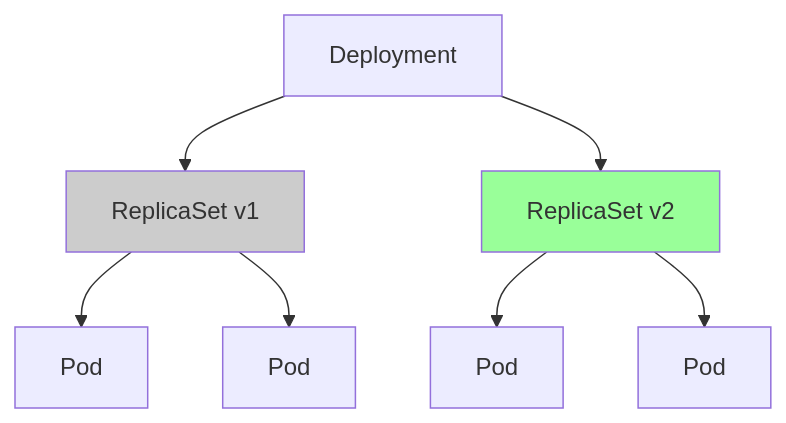
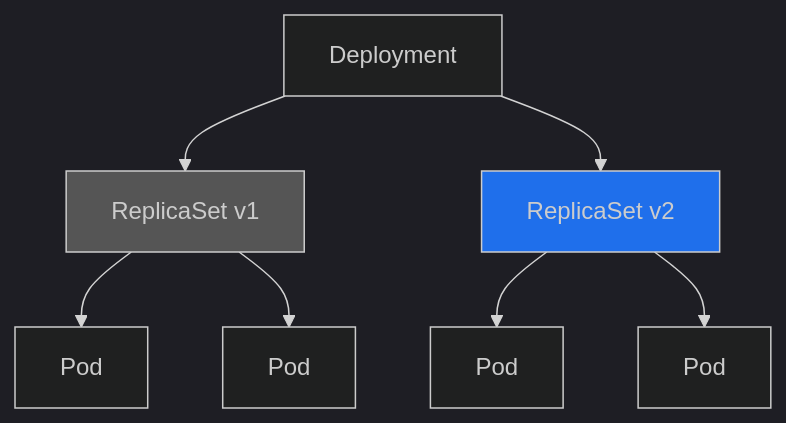
Before and after one commit to uzunenes/CKAD: the first of 3 diagrams in labs/lab-03-deployments.md, drawn with Mermaid. The commit also changed other lines of this file and 15 other files, not shown here.

Commit message:
🌍 Complete English translation - All 17 labs translated with dark mermaid themes

````diff
--- a/labs/lab-03-deployments.md
+++ b/labs/lab-03-deployments.md
@@ -13,12 +13,13 @@
 ```mermaid
+%%{init: {'theme': 'dark'}}%%
 graph TB
     D[Deployment] --> RS1[ReplicaSet v1]
     D --> RS2[ReplicaSet v2]
     RS1 --> P1[Pod]
     RS1 --> P2[Pod]
     RS2 --> P3[Pod]
     RS2 --> P4[Pod]
     
-    style RS1 fill:#ccc
-    style RS2 fill:#9f9
+    style RS1 fill:#555
+    style RS2 fill:#1f6feb
 ```
````
